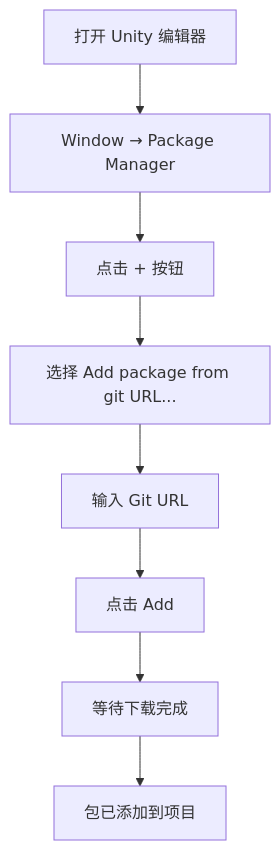
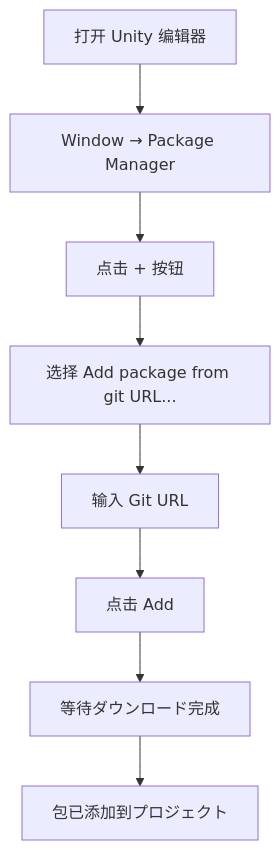
One commit to AlianBlank/GameFrameX.Docs changed the first of 2 diagrams in docs/ja/client/unity/component/advertisement/02.installation.md. Above: the diagram before and after it, drawn with Mermaid. The commit also changed other lines of this file and 603 other files, not shown here.

````diff
--- a/docs/ja/client/unity/component/advertisement/02.installation.md
+++ b/docs/ja/client/unity/component/advertisement/02.installation.md
@@ -36,10 +36,10 @@
 ```mermaid
 flowchart TD
     A[打开 Unity 编辑器] --> B[Window → Package Manager]
     B --> C[点击 + 按钮]
     C --> D[选择 Add package from git URL...]
     D --> E[输入 Git URL]
     E --> F[点击 Add]
-    F --> G[等待下载完成]
-    G --> H[包已添加到项目]
+    F --> G[等待ダウンロード完成]
+    G --> H[包已添加到プロジェクト]
 ```
````
